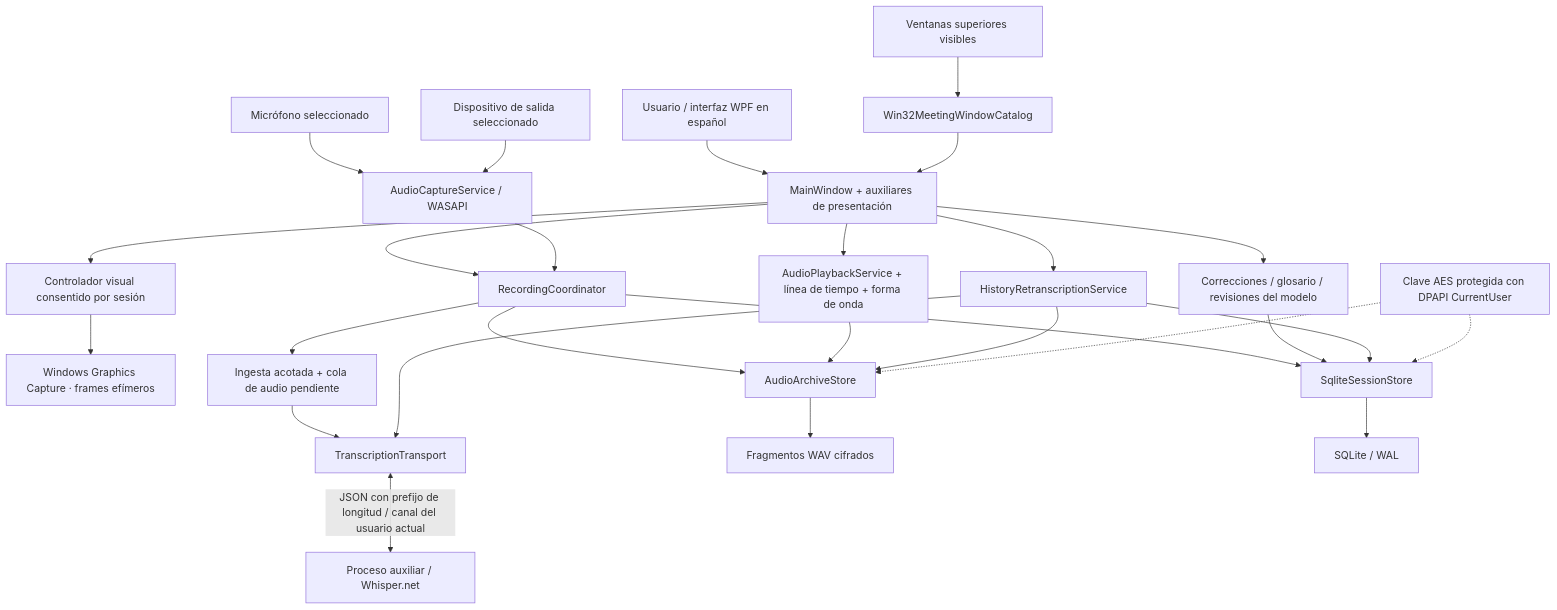
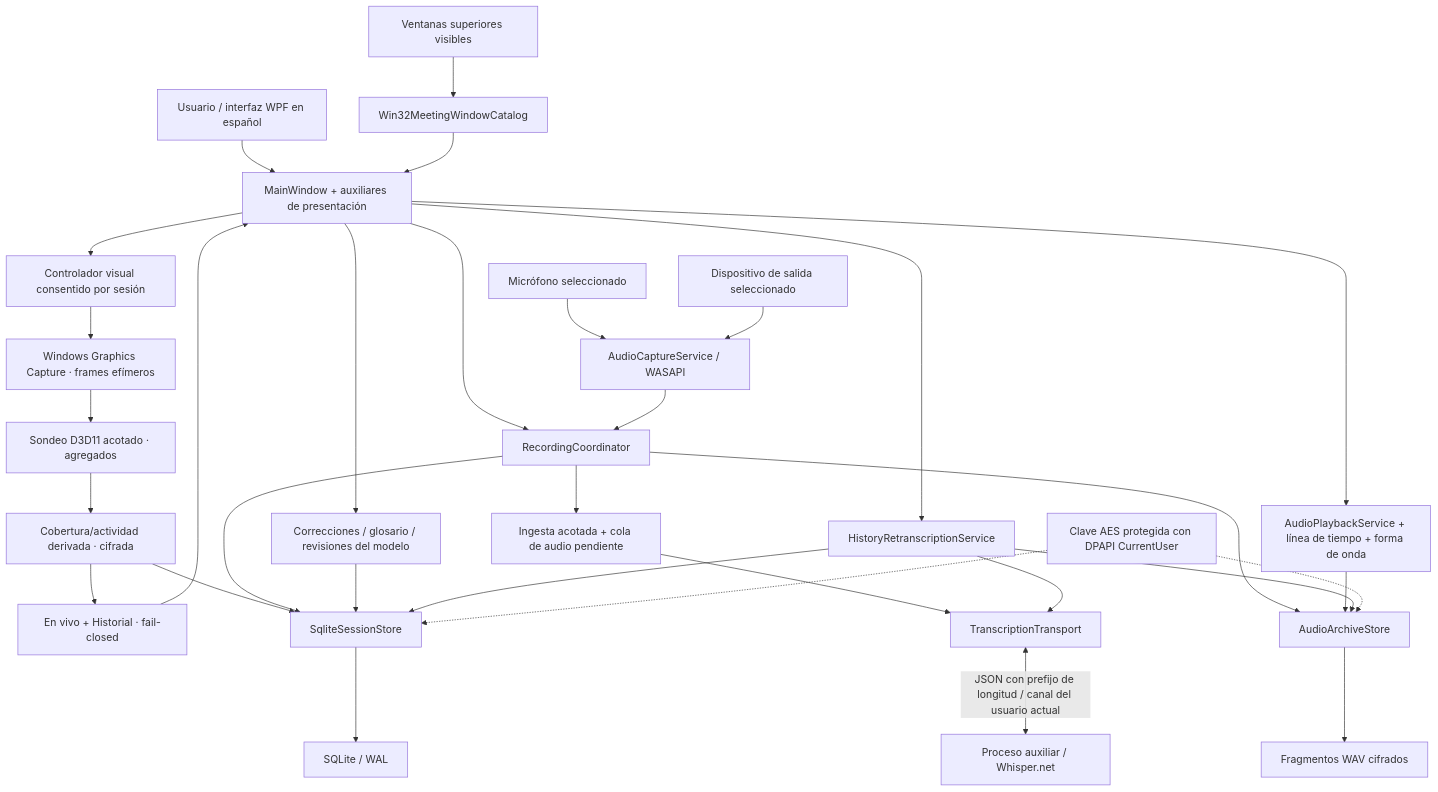
The first of 2 diagrams in docs/architecture.md (Andres-MMG/Trazio-Asistente-Reunion), drawn with Mermaid before and after one commit. The commit also changed other lines of this file and 12 other files, not shown here.

````diff
--- a/docs/architecture.md
+++ b/docs/architecture.md
@@ -9,29 +9,34 @@
 ```mermaid
 flowchart TB
     User["Usuario / interfaz WPF en español"] --> UI["MainWindow + auxiliares de presentación"]
     Windows["Ventanas superiores visibles"] --> Catalog["Win32MeetingWindowCatalog"]
     Catalog --> UI
     UI --> Visual["Controlador visual consentido por sesión"]
     Visual --> WGC["Windows Graphics Capture · frames efímeros"]
+    WGC --> Probe["Sondeo D3D11 acotado · agregados"]
+    Probe --> Evidence["Cobertura/actividad derivada · cifrada"]
+    Evidence --> Presentation["En vivo + Historial · fail-closed"]
+    Evidence --> DB
+    Presentation --> UI
     UI --> RC["RecordingCoordinator"]
     Mic["Micrófono seleccionado"] --> Capture["AudioCaptureService / WASAPI"]
     Output["Dispositivo de salida seleccionado"] --> Capture
     Capture --> RC
     RC --> Queue["Ingesta acotada + cola de audio pendiente"]
     Queue --> Transport["TranscriptionTransport"]
     Transport <-->|"JSON con prefijo de longitud / canal del usuario actual"| Worker["Proceso auxiliar / Whisper.net"]
     RC --> DB["SqliteSessionStore"]
     RC --> Archive["AudioArchiveStore"]
     UI --> Review["Correcciones / glosario / revisiones del modelo"]
     Review --> DB
     UI --> Player["AudioPlaybackService + línea de tiempo + forma de onda"]
     Player --> Archive
     UI --> Retranscribe["HistoryRetranscriptionService"]
     Retranscribe --> Archive
     Retranscribe --> Transport
     Retranscribe --> DB
     Archive --> Files["Fragmentos WAV cifrados"]
     DB --> SQLite["SQLite / WAL"]
     Key["Clave AES protegida con DPAPI CurrentUser"] -.-> DB
     Key -.-> Archive
 ```
````
